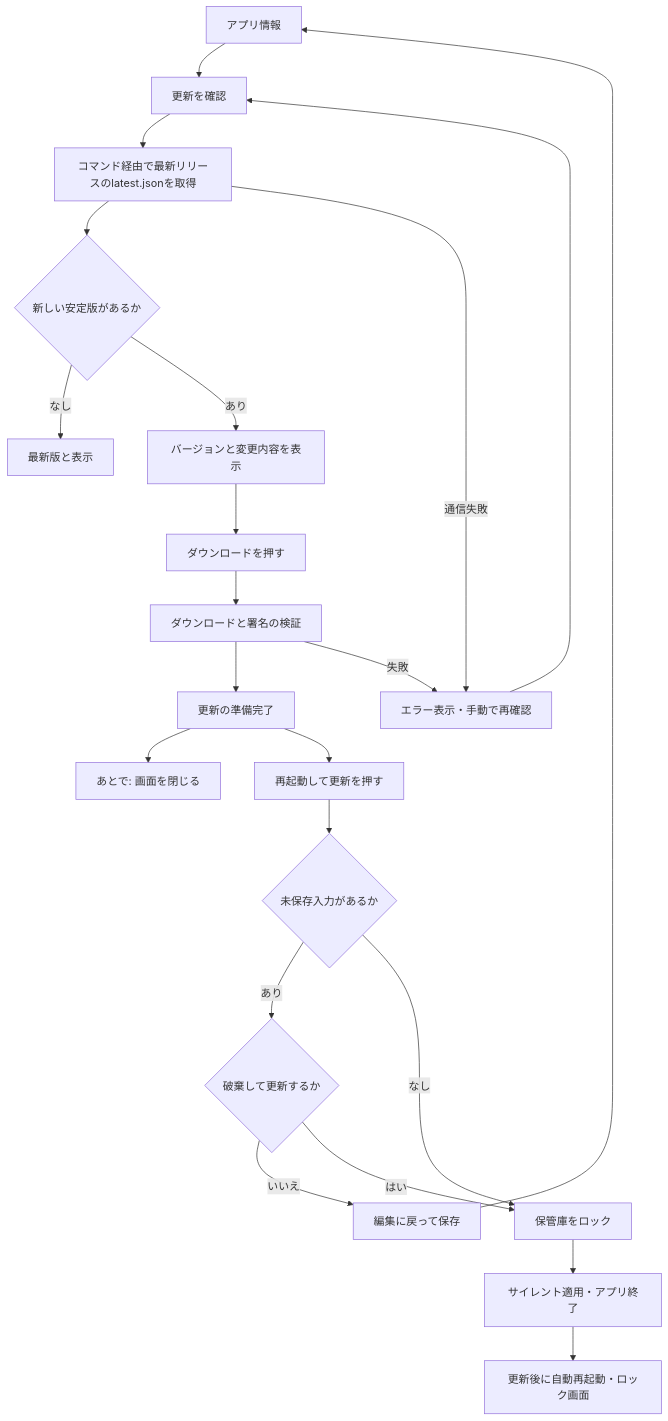
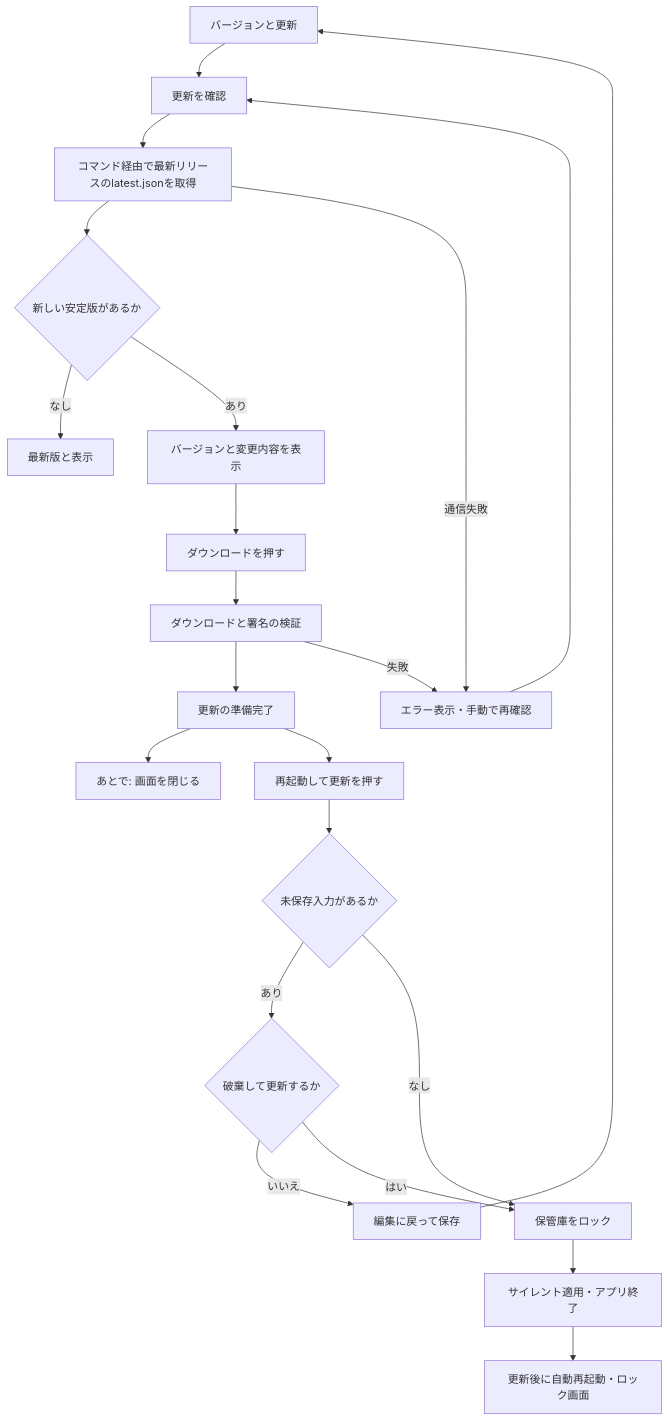
Before and after one commit to Termnix-IT/CIPHER-VAULT: the diagram in docs/ワークフロー/04-手動更新.md, drawn with Mermaid. The commit also changed other lines of this file, not shown here.

Commit message:
docs: name the update screen as the app shows it in the update workflow

````diff
--- a/docs/ワークフロー/04-手動更新.md
+++ b/docs/ワークフロー/04-手動更新.md
@@ -5,24 +5,24 @@
 ```mermaid
 flowchart TD
-    info[アプリ情報] --> check[更新を確認]
+    info[バージョンと更新] --> check[更新を確認]
     check --> request[コマンド経由で最新リリースのlatest.jsonを取得]
     request --> result{新しい安定版があるか}
     result -- なし --> current[最新版と表示]
     result -- あり --> available[バージョンと変更内容を表示]
     available --> download[ダウンロードを押す]
     download --> verify[ダウンロードと署名の検証]
     verify --> ready[更新の準備完了]
     ready --> later[あとで: 画面を閉じる]
     ready --> install[再起動して更新を押す]
     install --> dirty{未保存入力があるか}
     dirty -- あり --> confirm{破棄して更新するか}
     confirm -- いいえ --> edit[編集に戻って保存]
     edit --> info
     confirm -- はい --> lock[保管庫をロック]
     dirty -- なし --> lock
     lock --> installer[サイレント適用・アプリ終了]
     installer --> restart[更新後に自動再起動・ロック画面]
     request -- 通信失敗 --> error[エラー表示・手動で再確認]
     verify -- 失敗 --> error
     error --> check
 ```
````
